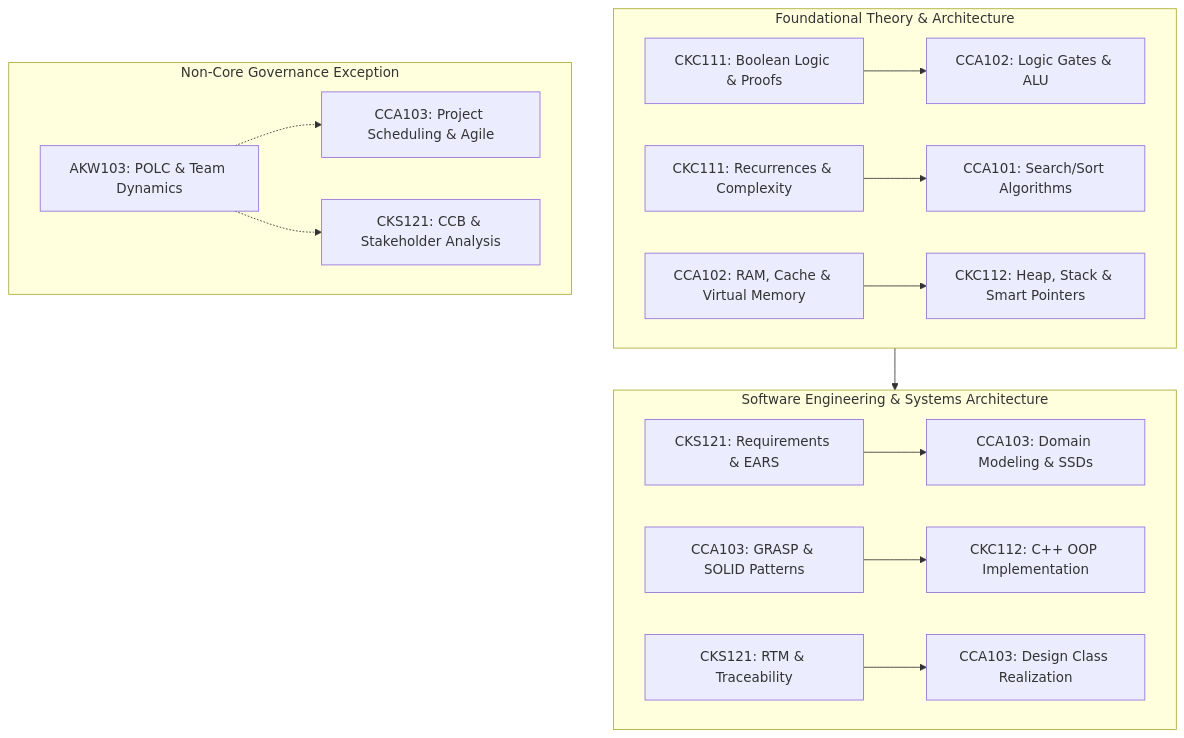
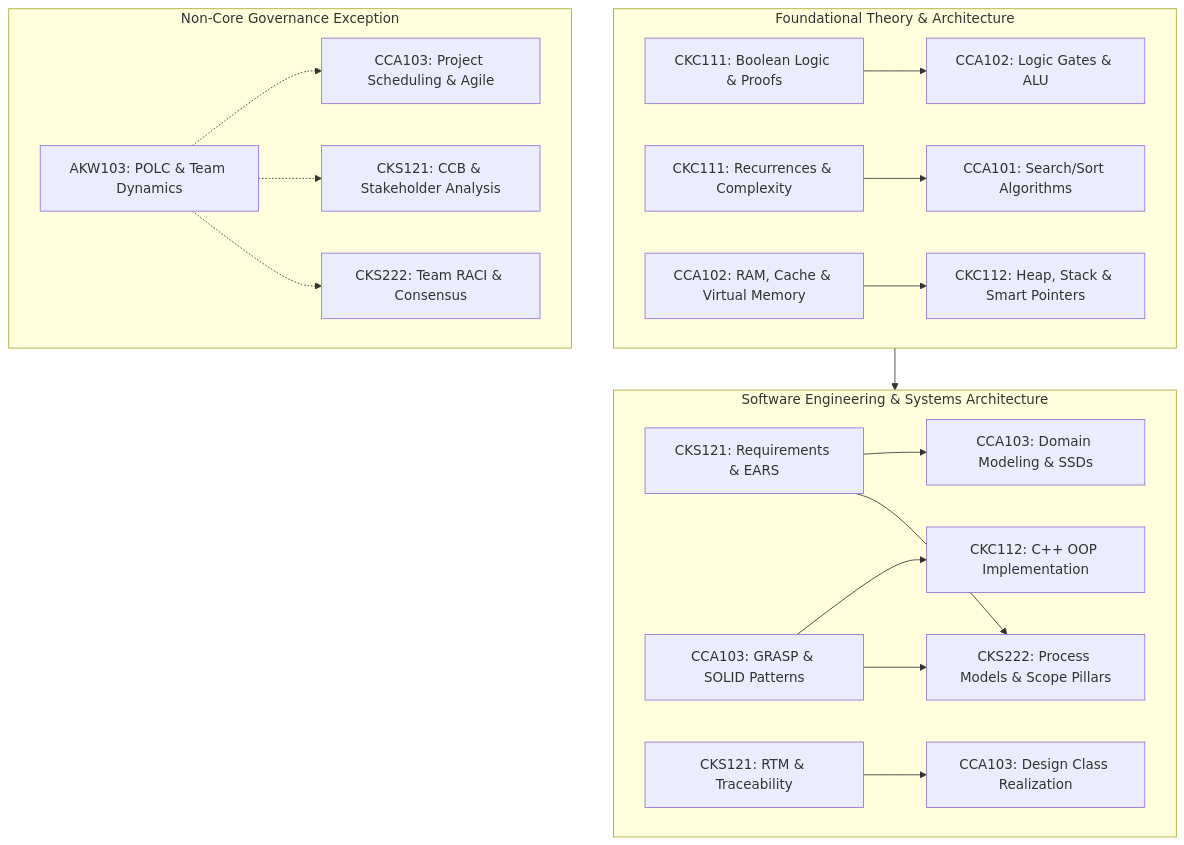
One commit to Fake1Doge/Obsidian-notes changed the tenth of 10 diagrams in knowledge.md. Above: the diagram before and after it, drawn with Mermaid. The commit also changed other lines of this file and 5 other files, not shown here.

````diff
--- a/knowledge.md
+++ b/knowledge.md
@@ -709,21 +781,24 @@
 ```mermaid
-graph TD
+flowchart TD
     subgraph TheoryAndHardware ["Foundational Theory & Architecture"]
         CKC111_Logic["CKC111: Boolean Logic & Proofs"] --> CCA102_Circuits["CCA102: Logic Gates & ALU"]
         CKC111_Theory["CKC111: Recurrences & Complexity"] --> CCA101_Algos["CCA101: Search/Sort Algorithms"]
         CCA102_Mem["CCA102: RAM, Cache & Virtual Memory"] --> CKC112_Ptrs["CKC112: Heap, Stack & Smart Pointers"]
     end
 
     subgraph SoftwareEngineering ["Software Engineering & Systems Architecture"]
         CKS121_Req["CKS121: Requirements & EARS"] --> CCA103_Analysis["CCA103: Domain Modeling & SSDs"]
         CCA103_Design["CCA103: GRASP & SOLID Patterns"] --> CKC112_Code["CKC112: C++ OOP Implementation"]
         CKS121_Trace["CKS121: RTM & Traceability"] --> CCA103_Realize["CCA103: Design Class Realization"]
+        CKS121_Req --> CKS222_Proc["CKS222: Process Models & Scope Pillars"]
+        CCA103_Design --> CKS222_Proc
     end
 
     subgraph NonCoreElective ["Non-Core Governance Exception"]
         AKW103_Gov["AKW103: POLC & Team Dynamics"] -.-> CCA103_Proj["CCA103: Project Scheduling & Agile"]
         AKW103_Gov -.-> CKS121_CCB["CKS121: CCB & Stakeholder Analysis"]
+        AKW103_Gov -.-> CKS222_Gov["CKS222: Team RACI & Consensus"]
     end
 
     TheoryAndHardware --> SoftwareEngineering
 ```
````
